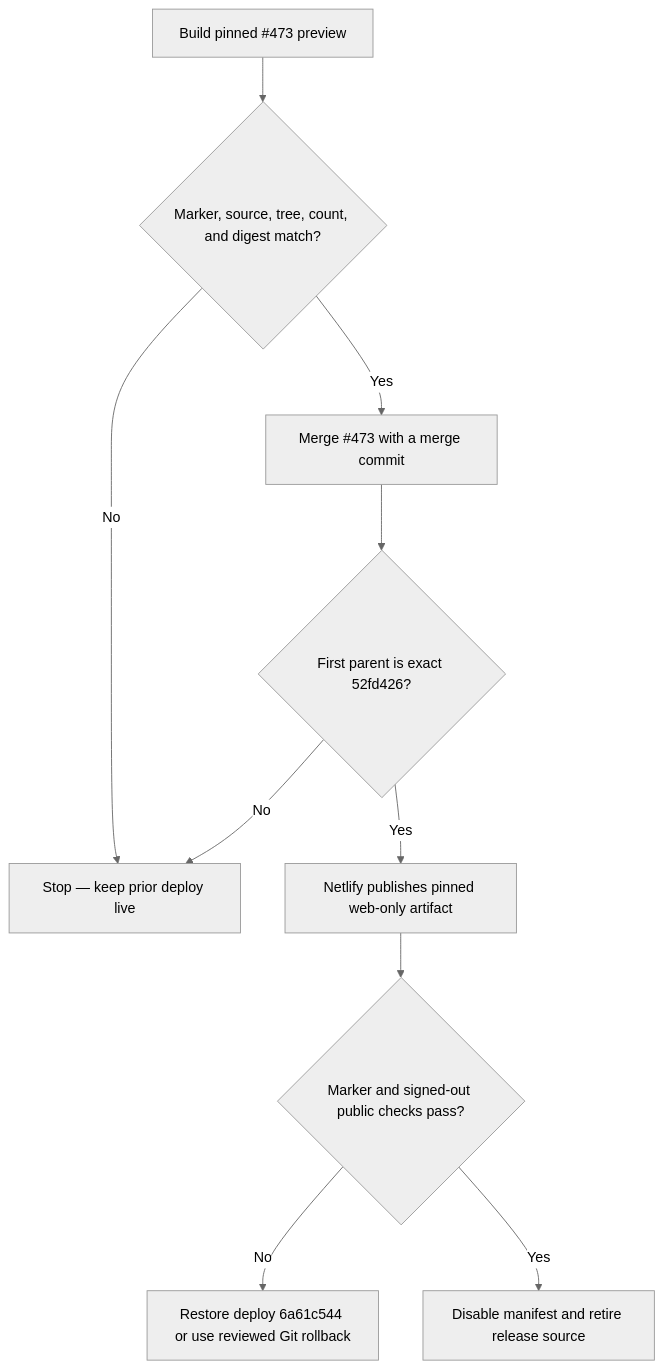
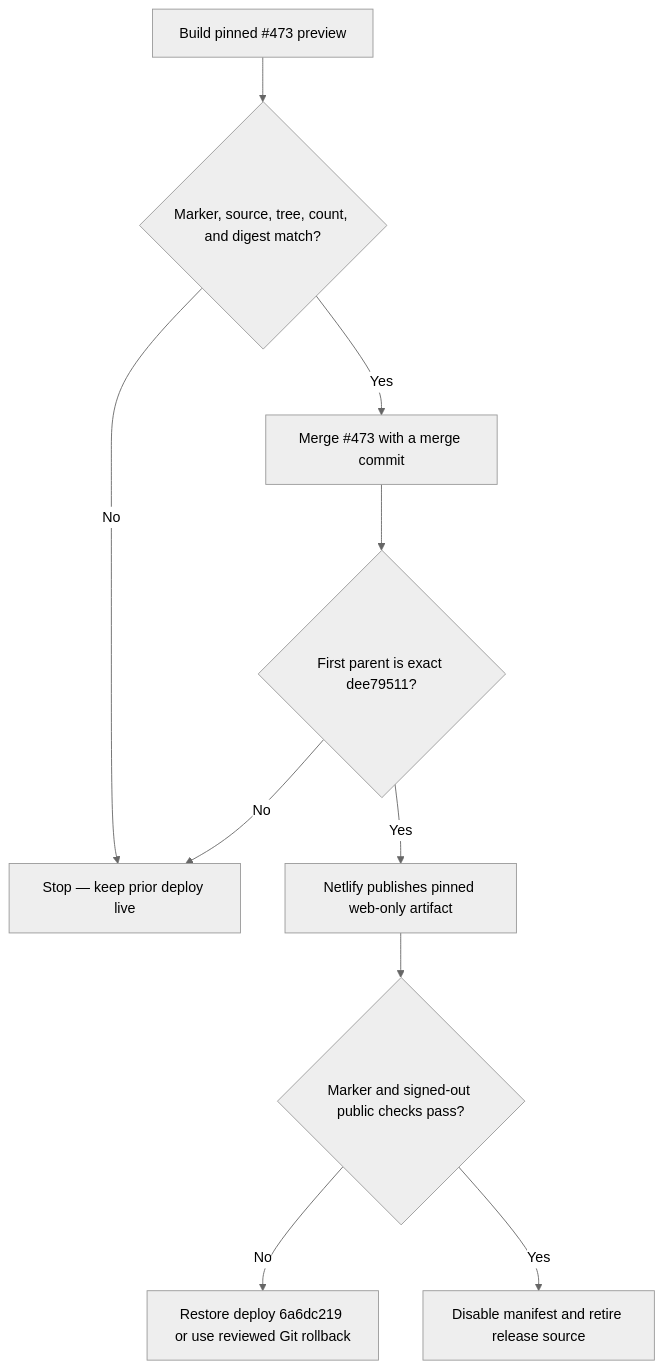
One commit to Run-MPRC/Run-MPRC.github.io changed the third of 4 diagrams in docs/officers/PUBLISH_AND_CHECK.md. Above: the diagram before and after it, drawn with Mermaid (neutral theme). The commit also changed other lines of this file and 13 other files, not shown here.

````diff
--- a/docs/officers/PUBLISH_AND_CHECK.md
+++ b/docs/officers/PUBLISH_AND_CHECK.md
@@ -126,12 +126,12 @@
 ```mermaid
 flowchart TD
     Preview["Build pinned #473 preview"] --> Match{"Marker, source, tree, count, and digest match?"}
     Match -- "No" --> Stop["Stop — keep prior deploy live"]
     Match -- "Yes" --> Merge["Merge #473 with a merge commit"]
-    Merge --> Parent{"First parent is exact 52fd426?"}
+    Merge --> Parent{"First parent is exact dee79511?"}
     Parent -- "No" --> Stop
     Parent -- "Yes" --> Publish["Netlify publishes pinned web-only artifact"]
     Publish --> Verify{"Marker and signed-out public checks pass?"}
-    Verify -- "No" --> Undo["Restore deploy 6a61c544 or use reviewed Git rollback"]
+    Verify -- "No" --> Undo["Restore deploy 6a6dc219 or use reviewed Git rollback"]
     Verify -- "Yes" --> Retire["Disable manifest and retire release source"]
 ```
````
